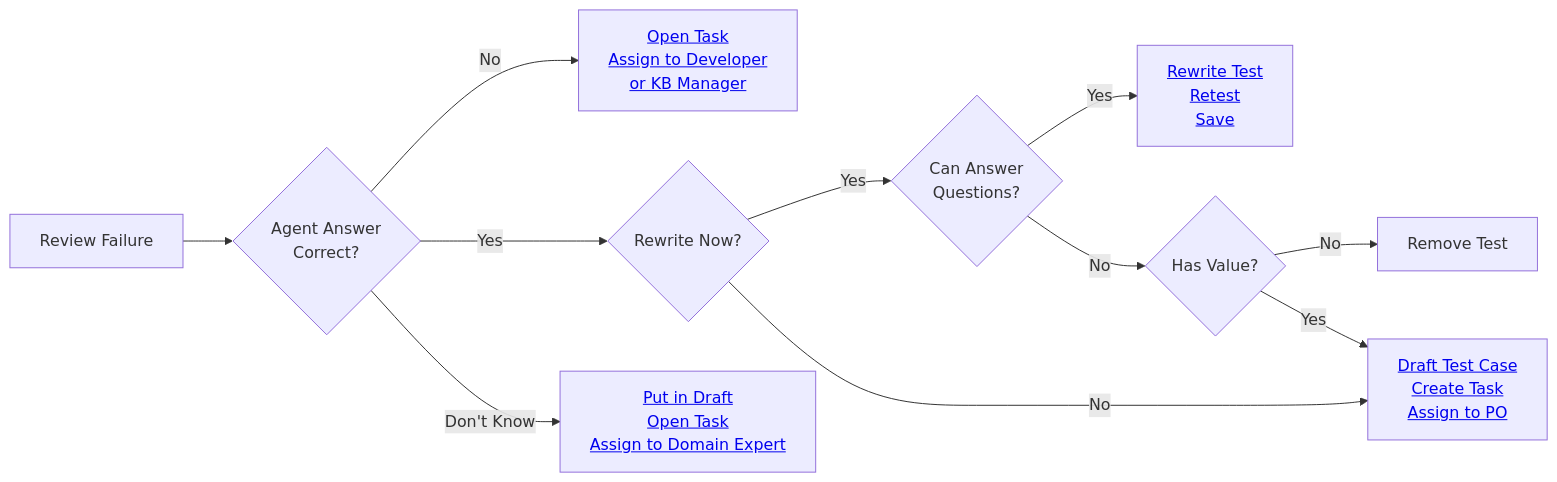
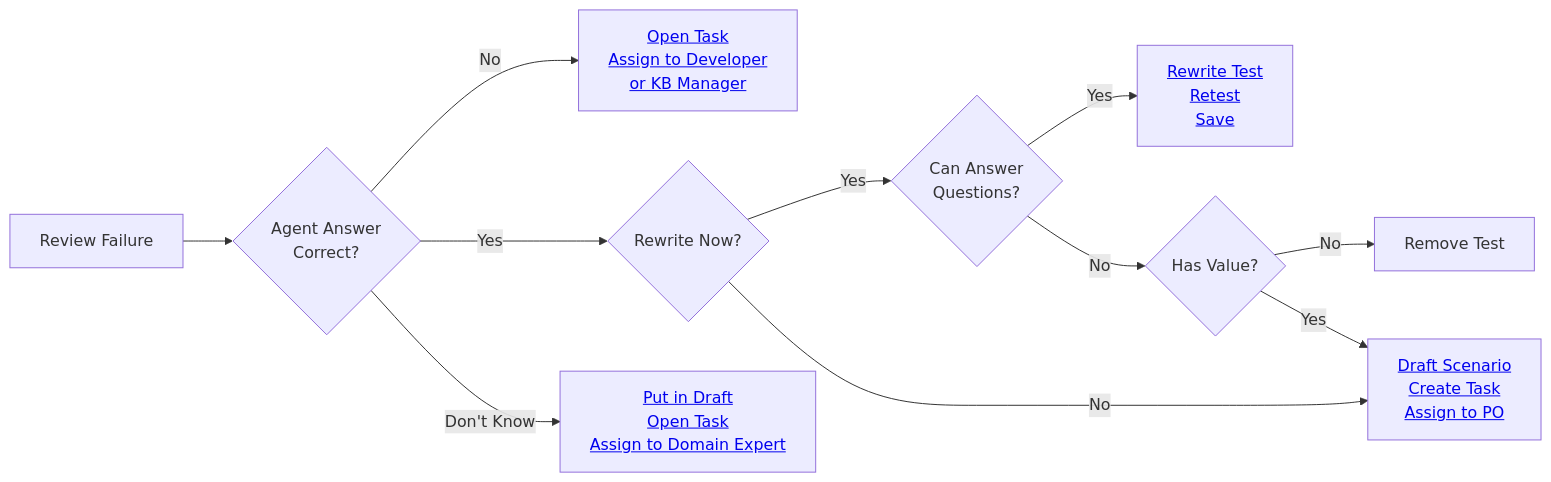
The first of 2 diagrams in src/content/docs/hub/ui/annotate/review-test-results.md (Giskard-AI/giskard-docs), drawn with Mermaid before and after one commit. The commit also changed other lines of this file and 4 other files, not shown here.

Commit message:
Replace test case terminology with scenario in annotate docs

````diff
--- a/src/content/docs/hub/ui/annotate/review-test-results.md
+++ b/src/content/docs/hub/ui/annotate/review-test-results.md
@@ -24,13 +24,13 @@
 ```mermaid
 graph LR
     A[Review Failure] --> B{Agent Answer<br/>Correct?}
     B -->|No| C[<a href="/hub/ui/annotate/task-management" target="_self">Open Task<br/>Assign to Developer<br/>or KB Manager</a>]
     B -->|Yes| F{Rewrite Now?}
     B -->|Don't Know| E[<a href="/hub/ui/annotate/task-management" target="_self">Put in Draft<br/>Open Task<br/>Assign to Domain Expert</a>]
     F -->|Yes| G{Can Answer<br/>Questions?}
-    F -->|No| H[<a href="/hub/ui/annotate/task-management" target="_self">Draft Test Case<br/>Create Task<br/>Assign to PO</a>]
+    F -->|No| H[<a href="/hub/ui/annotate/task-management" target="_self">Draft Scenario<br/>Create Task<br/>Assign to PO</a>]
     G -->|Yes| I[<a href="/hub/ui/annotate/modify-test-cases" target="_self">Rewrite Test<br/>Retest<br/>Save</a>]
     G -->|No| J{Has Value?}
     J -->|No| K[Remove Test]
     J -->|Yes| H
 ```
````
